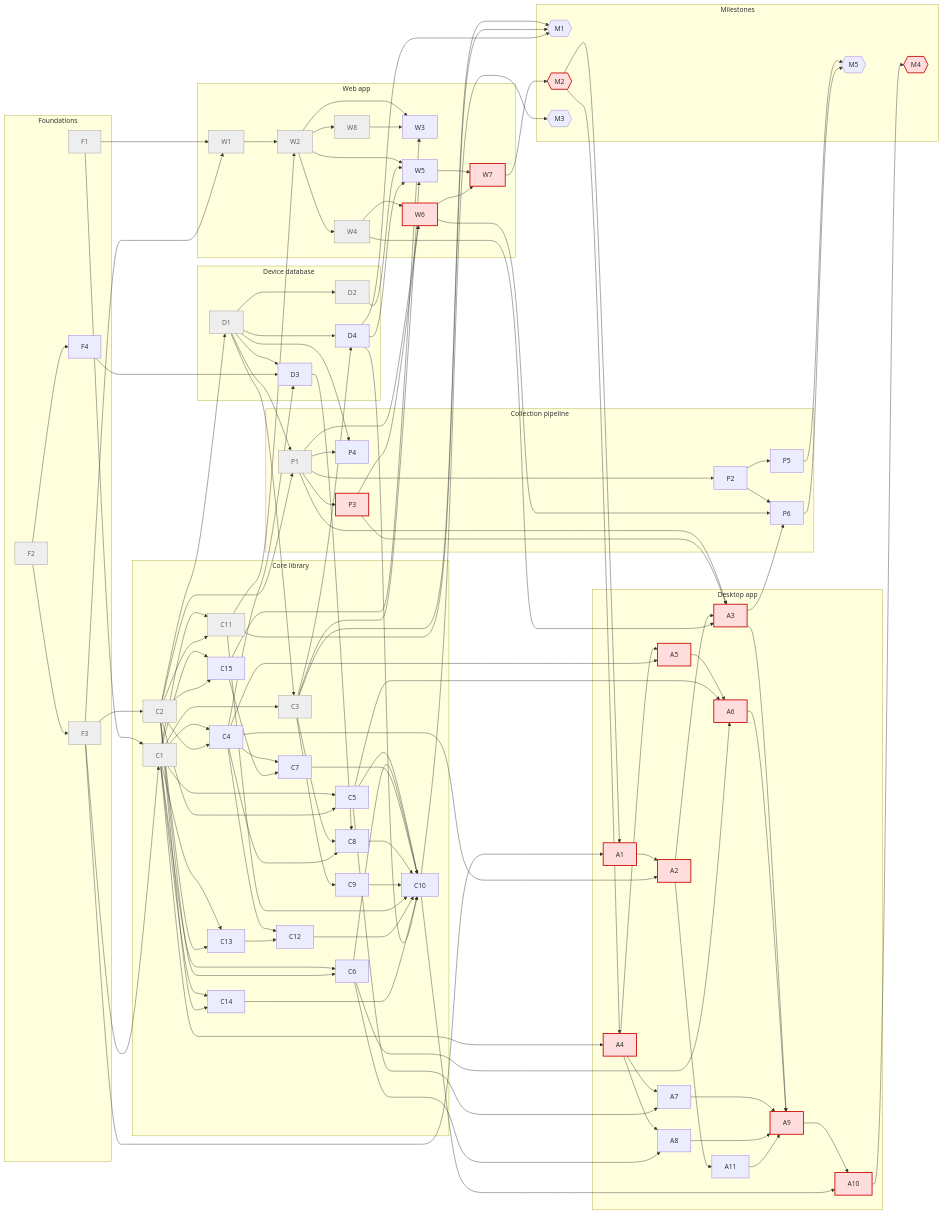
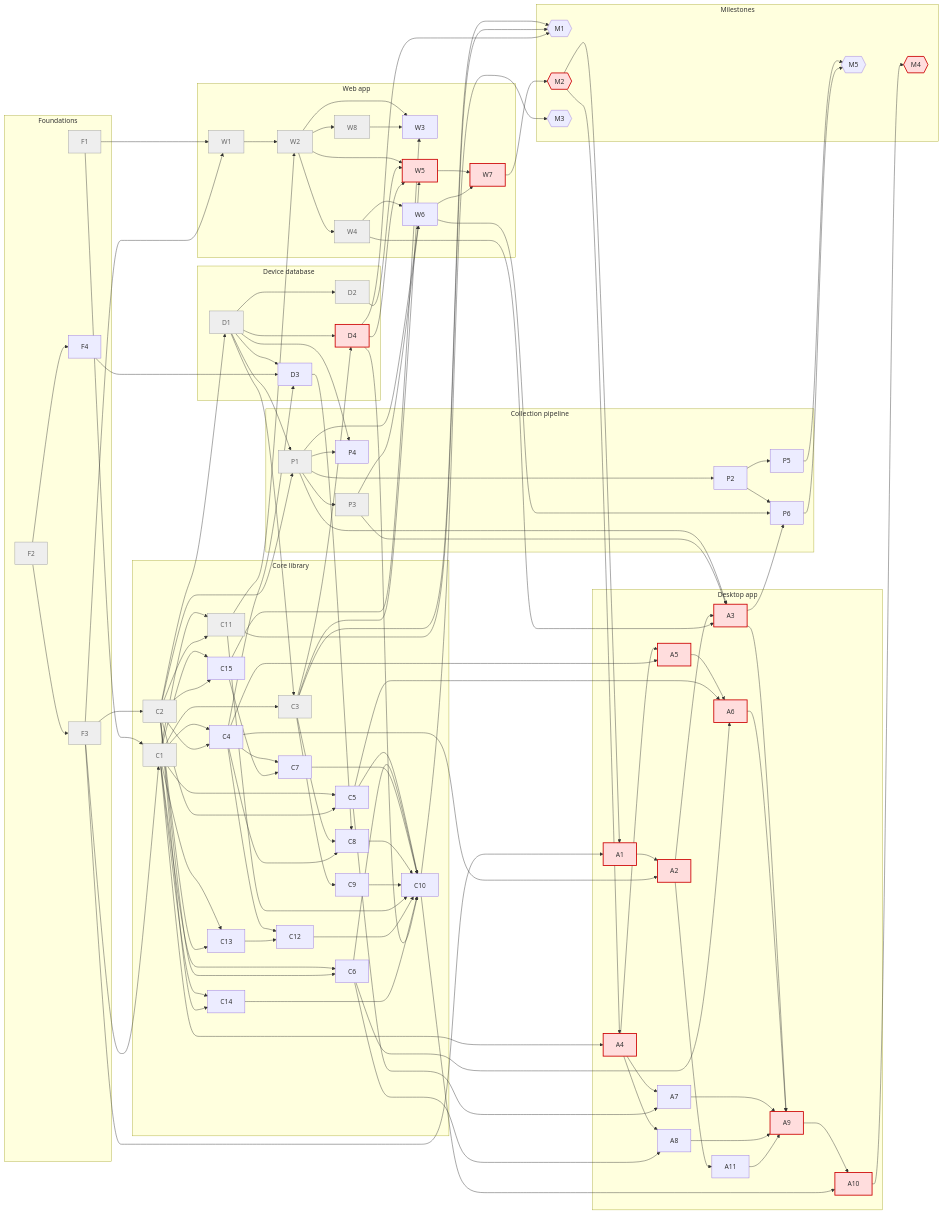
Before and after one commit to anygamepad/anygamepad.github.io: the third of 3 diagrams in ROADMAP/2026-10-14/README.md, drawn with Mermaid. The commit also changed other lines of this file and 19 other files, not shown here.

````diff
--- a/ROADMAP/2026-10-14/README.md
+++ b/ROADMAP/2026-10-14/README.md
@@ -464,6 +473,6 @@
     p6 --> m5
     classDef crit fill:#fdd,stroke:#c00,stroke-width:2px
     classDef done fill:#eee,stroke:#999,color:#666
-    class p3,w6,w7,a1,a4,a5,a2,a3,a6,a9,a10,m2,m4 crit
-    class f1,f2,f3,c1,c2,c3,c11,d1,d2,p1,w1,w2,w4,w8 done
+    class d4,w5,w7,a1,a4,a5,a2,a3,a6,a9,a10,m2,m4 crit
+    class f1,f2,f3,c1,c2,c3,c11,d1,d2,p1,p3,w1,w2,w4,w8 done
 ```
````
